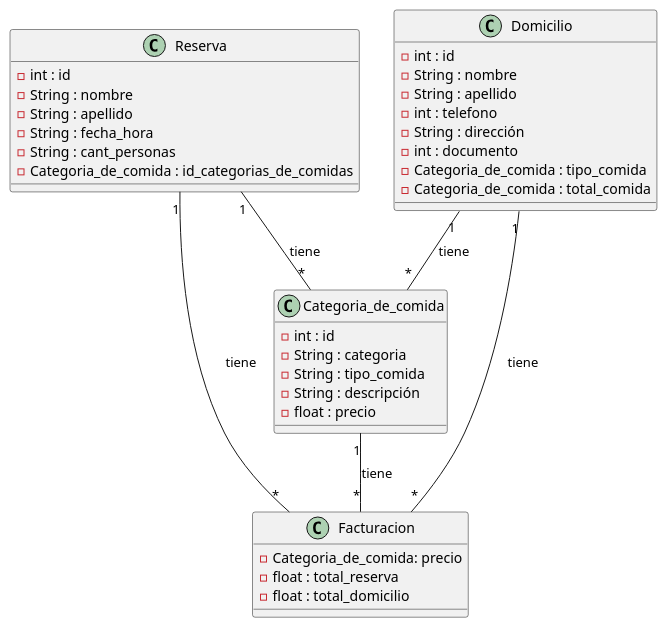
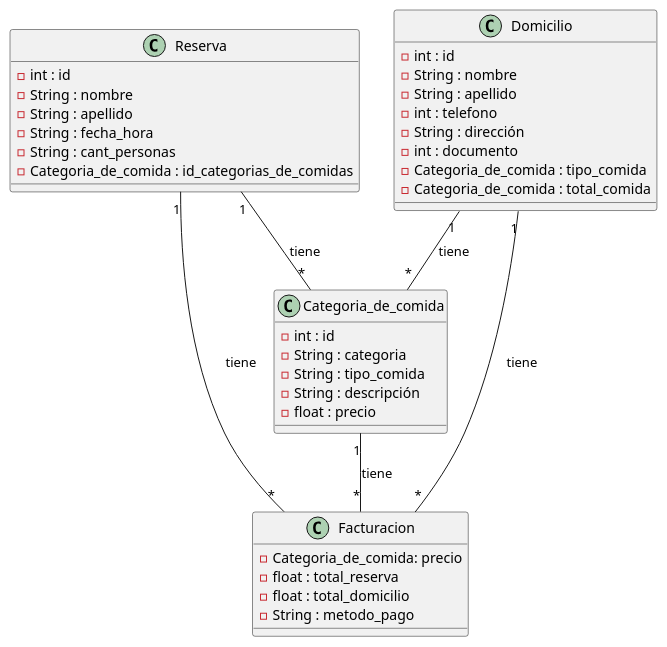
Before and after one commit to VMbrand/ANDRES-BURGUER: the diagram in jojo/base.wsd, drawn with PlantUML. The commit also changed 2 other files, not shown here.

```diff
--- a/jojo/base.wsd
+++ b/jojo/base.wsd
@@ -45,43 +45,44 @@
 @startuml BaseDatos
 
 class Categoria_de_comida{
     - int : id
     - String : categoria
     - String : tipo_comida
     - String : descripción
     - float : precio
 }
 
 class Facturacion{
     - Categoria_de_comida: precio
     - float : total_reserva
     - float : total_domicilio
+    - String : metodo_pago
 }
 
 class Reserva{
     - int : id
     - String : nombre
     - String : apellido
     - String : fecha_hora
     - String : cant_personas
     - Categoria_de_comida : id_categorias_de_comidas 
 }
 
 class Domicilio{
     - int : id
     - String : nombre
     - String : apellido
     - int : telefono
     - String : dirección
     - int : documento
     - Categoria_de_comida : tipo_comida
     - Categoria_de_comida : total_comida
 }
 
 Categoria_de_comida "1" -- "*" Facturacion : tiene
 Reserva "1" -- "*" Categoria_de_comida : tiene
 Domicilio "1" -- "*" Categoria_de_comida : tiene
 Reserva "1" -- "*" Facturacion : tiene
 Domicilio "1" -- "*" Facturacion : tiene
 
 @enduml
```
